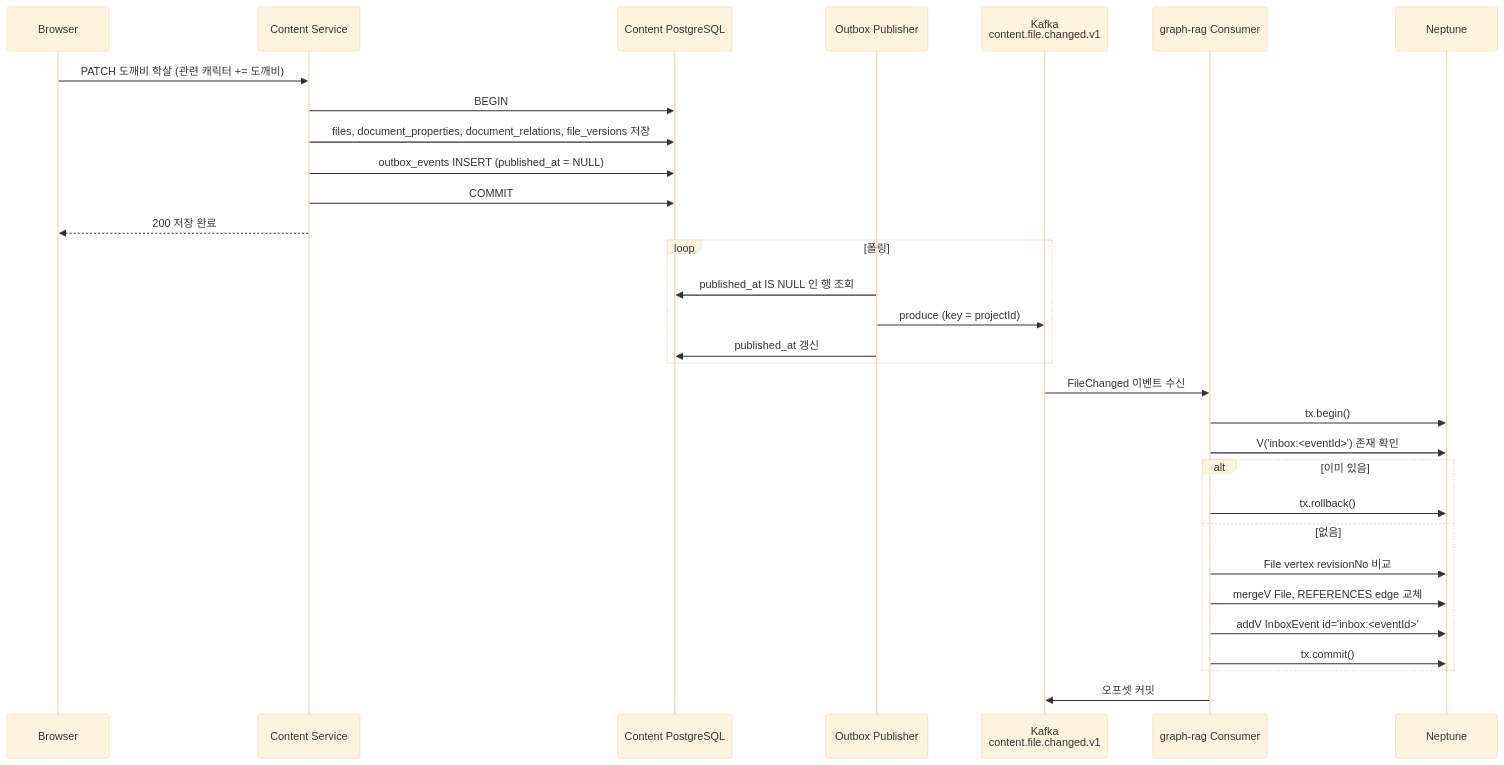
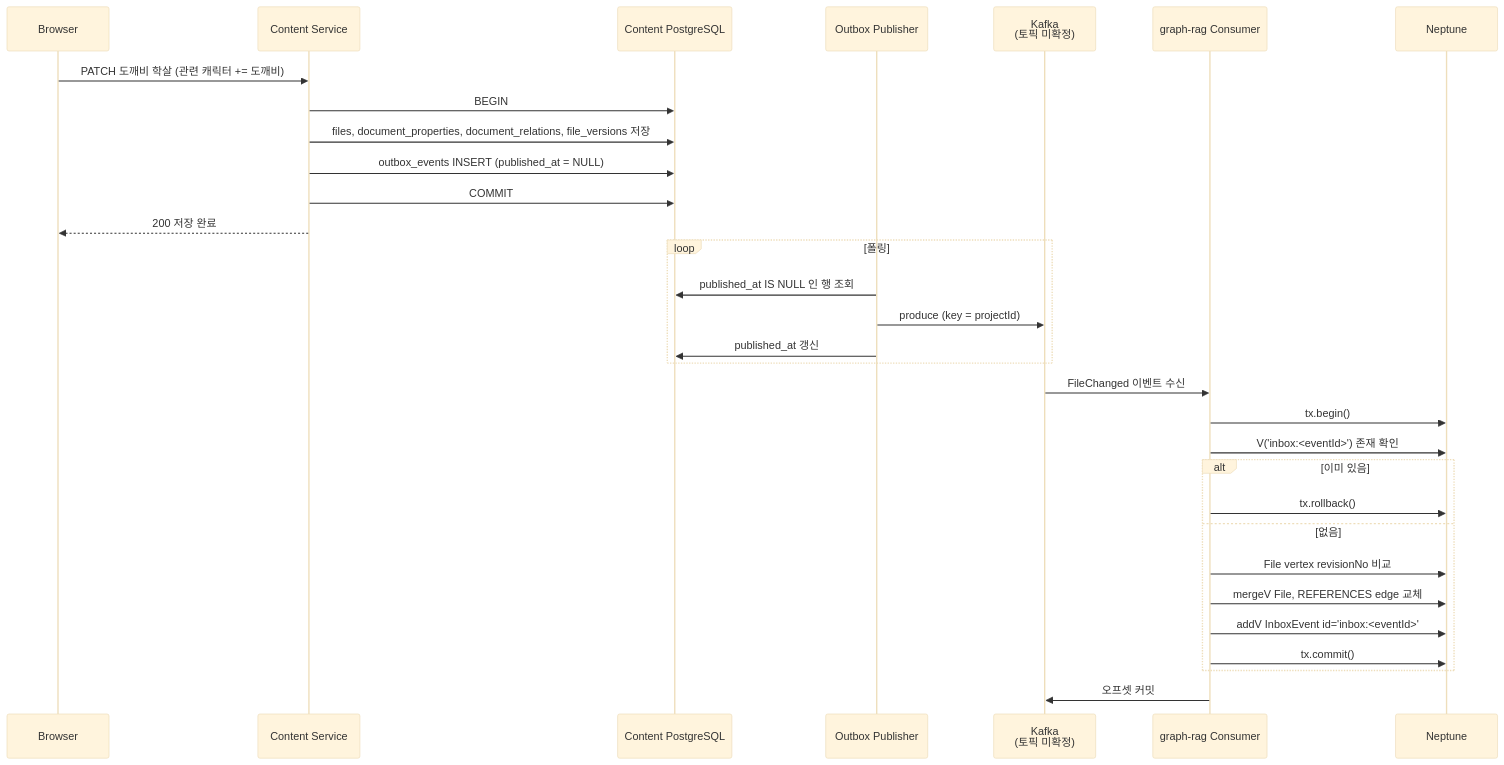
Before and after one commit to soma-lorekeeper/docs: the diagram in GRAPH_INBOX_PATTERN.md, drawn with Mermaid (base theme). The commit also changed other lines of this file and 2 other files, not shown here.

Commit message:
docs(kafka): mark topic design and partition key as undecided

````diff
--- a/GRAPH_INBOX_PATTERN.md
+++ b/GRAPH_INBOX_PATTERN.md
@@ -58,36 +58,36 @@
 ```mermaid
 sequenceDiagram
     participant B as Browser
     participant C as Content Service
     participant P as Content PostgreSQL
     participant R as Outbox Publisher
-    participant K as Kafka<br/>content.file.changed.v1
+    participant K as Kafka<br/>(토픽 미확정)
     participant G as graph-rag Consumer
     participant N as Neptune
 
     B->>C: PATCH 도깨비 학살 (관련 캐릭터 += 도깨비)
     C->>P: BEGIN
     C->>P: files, document_properties, document_relations, file_versions 저장
     C->>P: outbox_events INSERT (published_at = NULL)
     C->>P: COMMIT
     C-->>B: 200 저장 완료
 
     loop 폴링
         R->>P: published_at IS NULL 인 행 조회
         R->>K: produce (key = projectId)
         R->>P: published_at 갱신
     end
 
     K->>G: FileChanged 이벤트 수신
     G->>N: tx.begin()
     G->>N: V('inbox:<eventId>') 존재 확인
     alt 이미 있음
         G->>N: tx.rollback()
     else 없음
         G->>N: File vertex revisionNo 비교
         G->>N: mergeV File, REFERENCES edge 교체
         G->>N: addV InboxEvent id='inbox:<eventId>'
         G->>N: tx.commit()
     end
     G->>K: 오프셋 커밋
 ```
````
